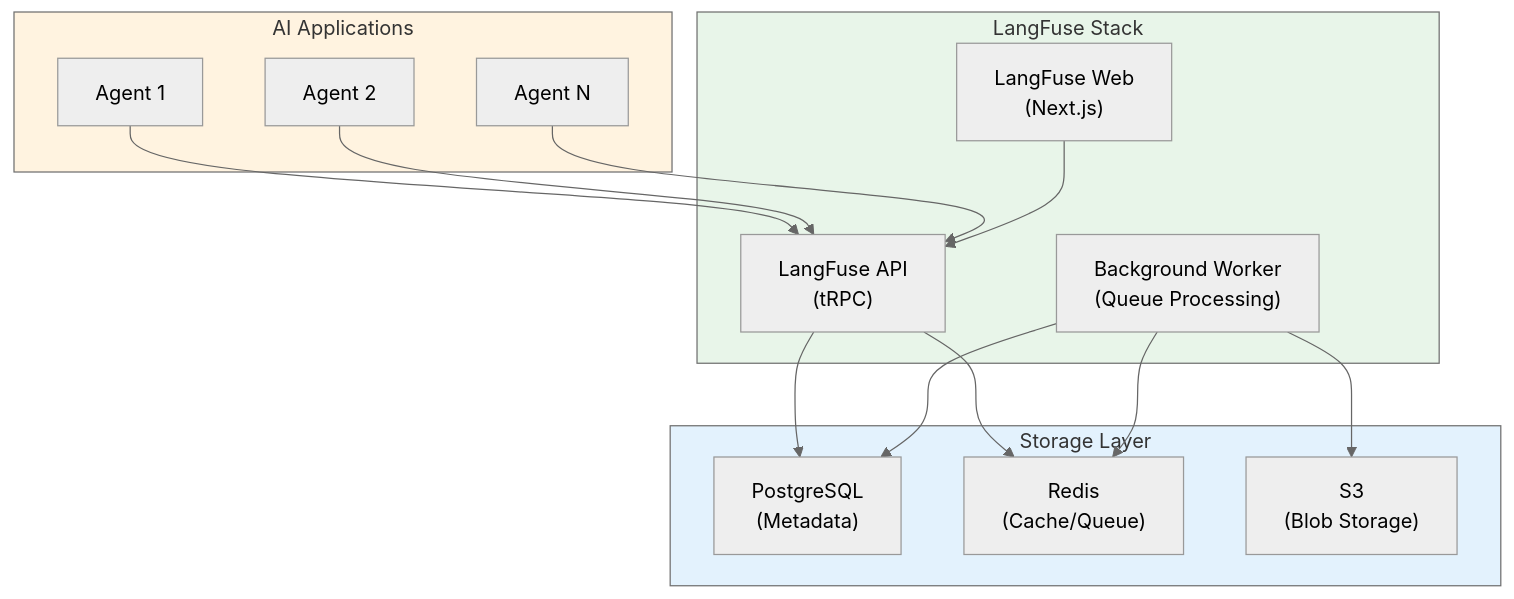
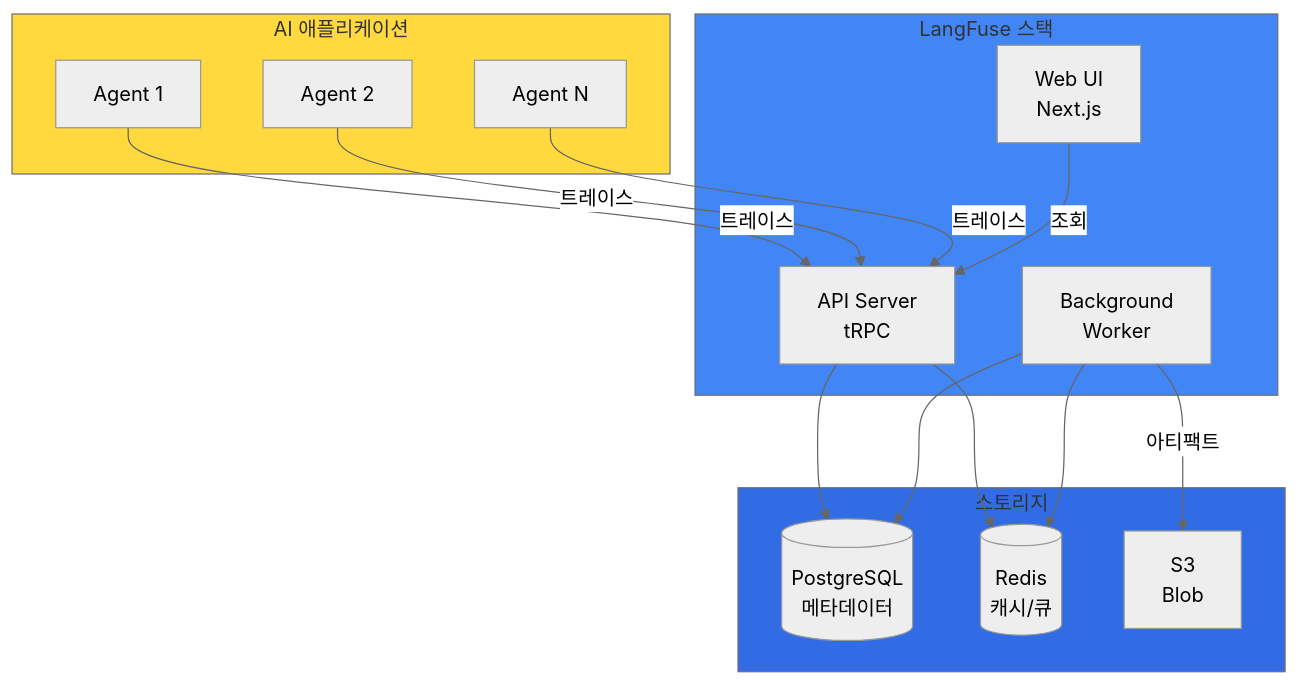
One commit to devfloor9/engineering-playbook changed the first of 3 diagrams in docs/agentic-ai-platform/operations-mlops/agent-monitoring.md. Above: the diagram before and after it, drawn with Mermaid (neutral theme). The commit also changed other lines of this file and 24 other files, not shown here.

````diff
--- a/docs/agentic-ai-platform/operations-mlops/agent-monitoring.md
+++ b/docs/agentic-ai-platform/operations-mlops/agent-monitoring.md
@@ -57,34 +57,34 @@
 ```mermaid
-graph TB
-    subgraph LangFuseStack["LangFuse Stack"]
-        WEB["LangFuse Web<br/>(Next.js)"]
-        API["LangFuse API<br/>(tRPC)"]
-        WORKER["Background Worker<br/>(Queue Processing)"]
+flowchart TB
+    subgraph Clients["AI 애플리케이션"]
+        AGENT1[Agent 1]
+        AGENT2[Agent 2]
+        AGENTN[Agent N]
     end
 
-    subgraph Storage["Storage Layer"]
-        PG["PostgreSQL<br/>(Metadata)"]
-        REDIS["Redis<br/>(Cache/Queue)"]
-        S3["S3<br/>(Blob Storage)"]
+    subgraph LangFuse["LangFuse 스택"]
+        WEB[Web UI<br/>Next.js]
+        API[API Server<br/>tRPC]
+        WORKER[Background<br/>Worker]
     end
 
-    subgraph Clients["AI Applications"]
-        AGENT1["Agent 1"]
-        AGENT2["Agent 2"]
-        AGENTN["Agent N"]
+    subgraph Storage["스토리지"]
+        PG[(PostgreSQL<br/>메타데이터)]
+        REDIS[(Redis<br/>캐시/큐)]
+        S3[S3<br/>Blob]
     end
 
-    AGENT1 --> API
-    AGENT2 --> API
-    AGENTN --> API
-    WEB --> API
+    AGENT1 -->|트레이스| API
+    AGENT2 -->|트레이스| API
+    AGENTN -->|트레이스| API
+    WEB -->|조회| API
     API --> PG
     API --> REDIS
     WORKER --> PG
     WORKER --> REDIS
-    WORKER --> S3
+    WORKER -->|아티팩트| S3
 
-    style LangFuseStack fill:#e8f5e9
-    style Storage fill:#e3f2fd
-    style Clients fill:#fff3e0
+    style Clients fill:#ffd93d
+    style LangFuse fill:#4285f4
+    style Storage fill:#326ce5
 ```
````
